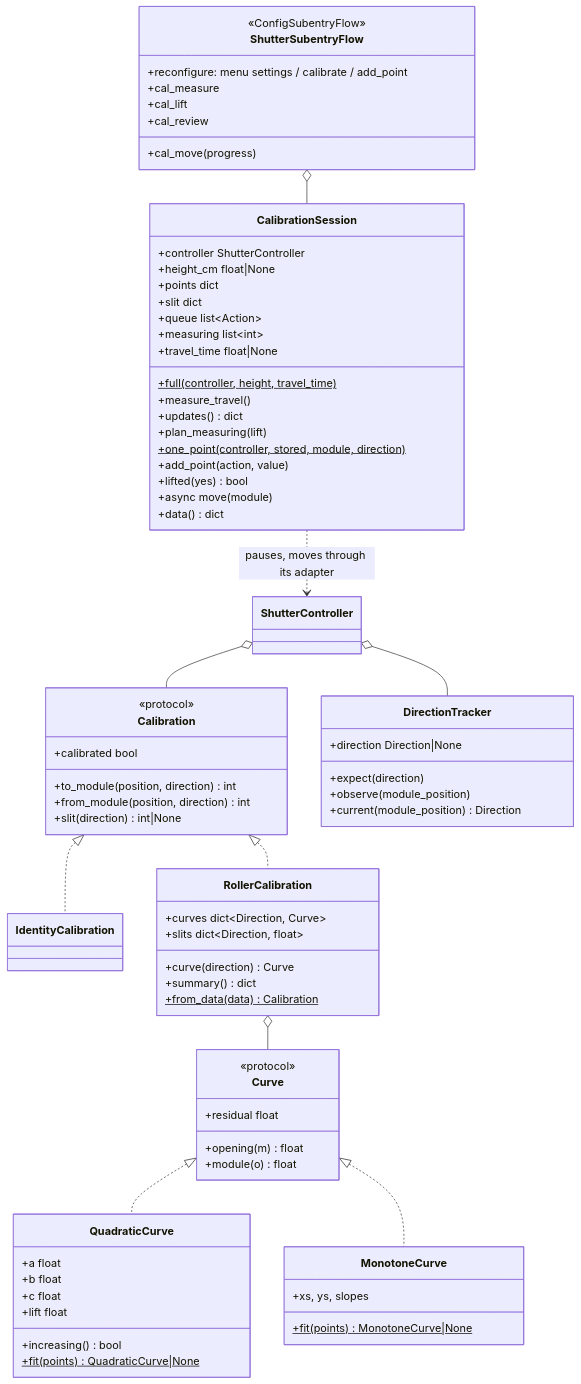
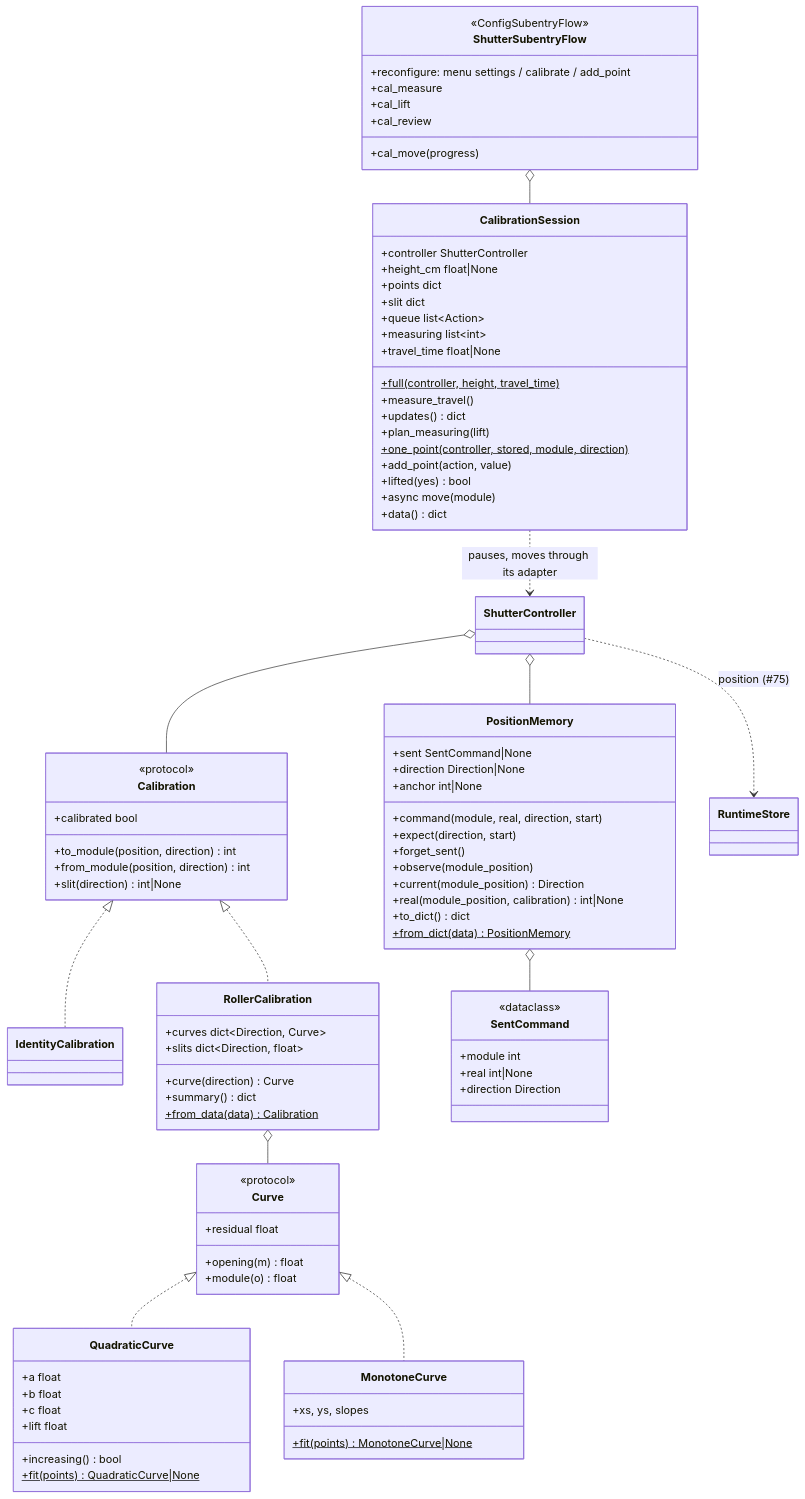
One commit to abroeders/smart-shutter-control changed the seventh of 40 diagrams in docs/architecture.md. Above: the diagram before and after it, drawn with Mermaid. The commit also changed other lines of this file and 11 other files, not shown here.

````diff
--- a/docs/architecture.md
+++ b/docs/architecture.md
@@ -278,11 +278,24 @@
         +xs, ys, slopes
         +fit(points)$ MonotoneCurve|None
     }
-    class DirectionTracker {
+    class PositionMemory {
+        +sent SentCommand|None
         +direction Direction|None
-        +expect(direction)
+        +anchor int|None
+        +command(module, real, direction, start)
+        +expect(direction, start)
+        +forget_sent()
         +observe(module_position)
         +current(module_position) Direction
+        +real(module_position, calibration) int|None
+        +to_dict() dict
+        +from_dict(data)$ PositionMemory
+    }
+    class SentCommand {
+        <<dataclass>>
+        +module int
+        +real int|None
+        +direction Direction
     }
     class CalibrationSession {
         +controller ShutterController
@@ -316,7 +329,9 @@
     Curve <|.. QuadraticCurve
     Curve <|.. MonotoneCurve
     ShutterController o-- Calibration
-    ShutterController o-- DirectionTracker
+    ShutterController o-- PositionMemory
+    PositionMemory o-- SentCommand
+    ShutterController ..> RuntimeStore : position (#75)
     ShutterSubentryFlow o-- CalibrationSession
     CalibrationSession ..> ShutterController : pauses, moves through its adapter
 ```
````
